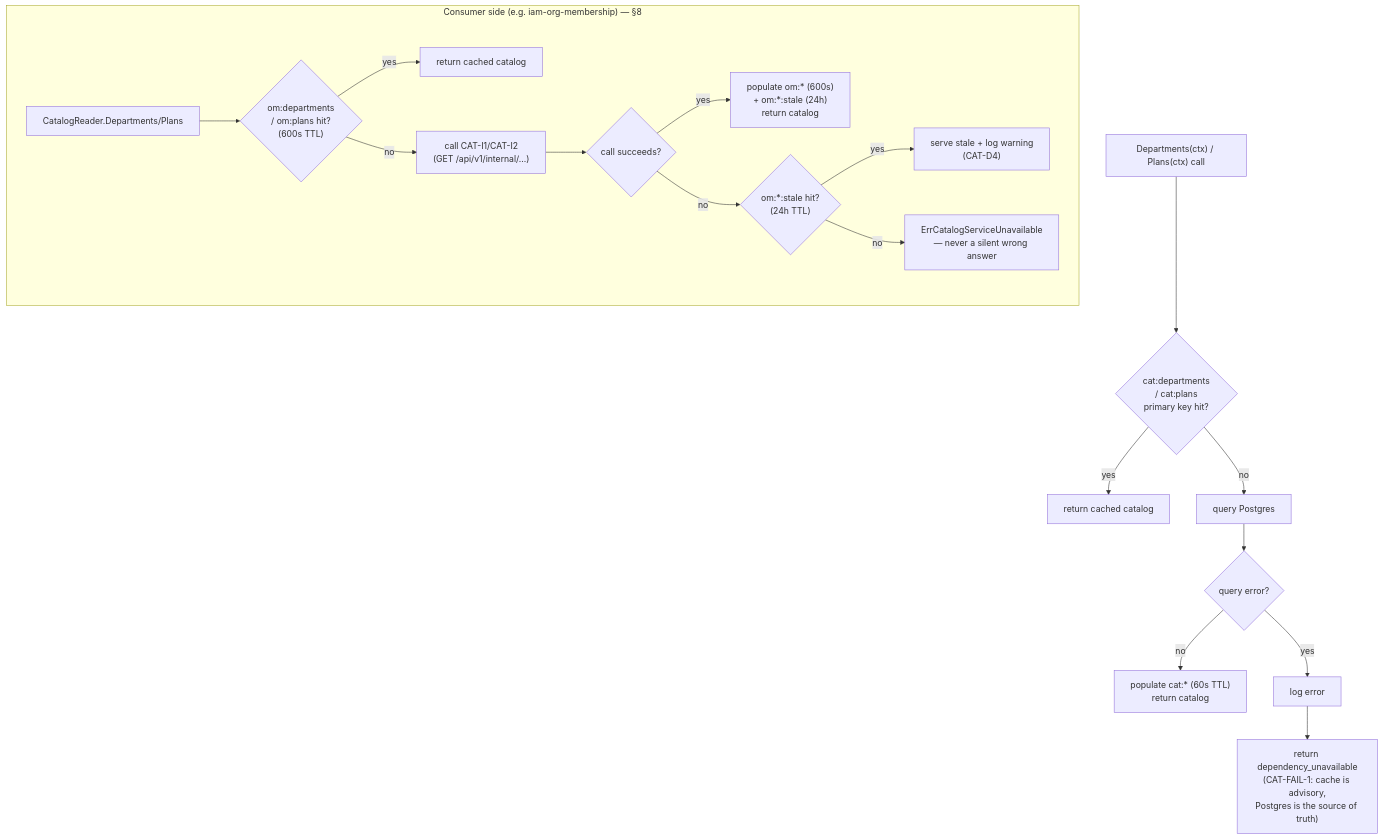
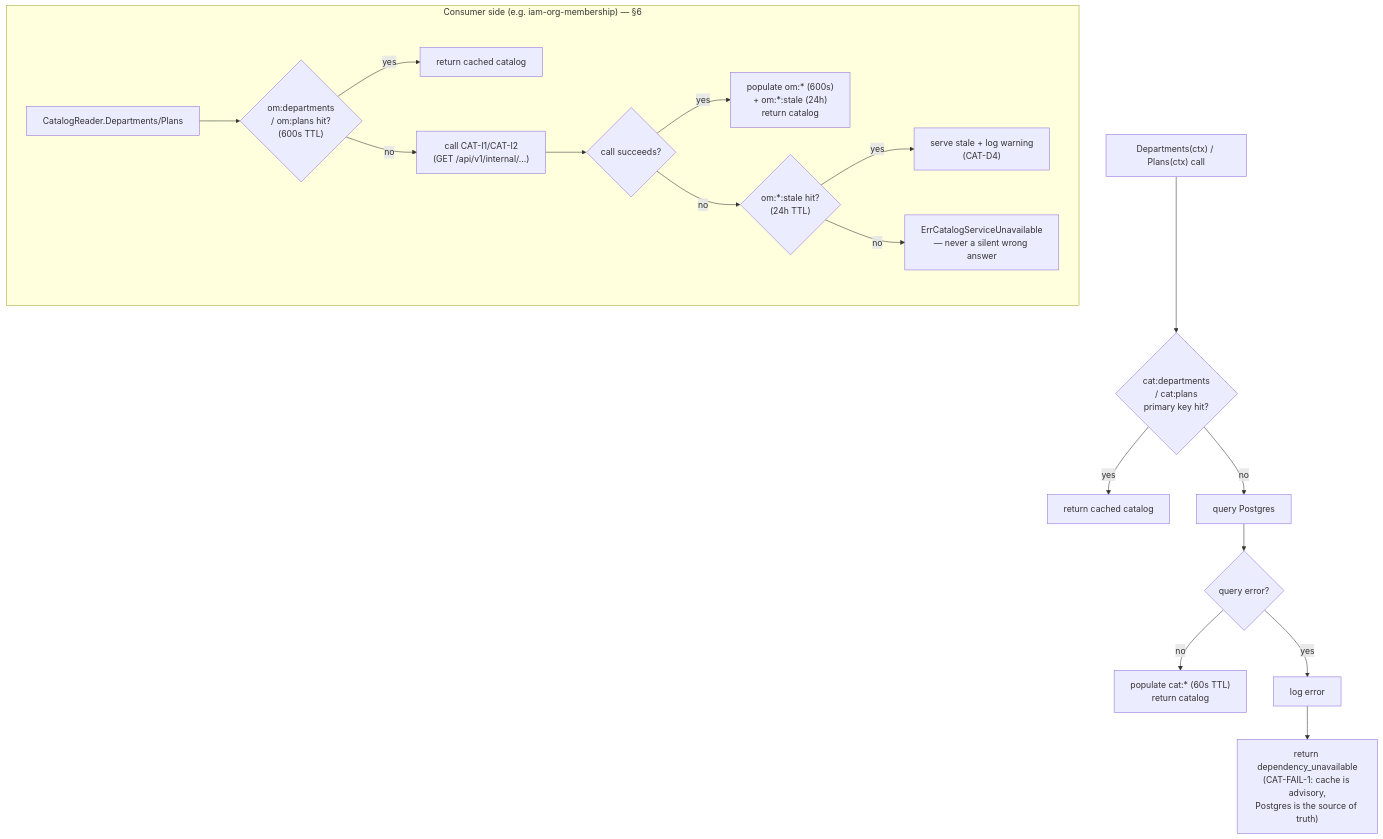
One commit to BCBP-SOLUTIONS-FZC-LLC/iam-catalog-admin changed the third of 13 diagrams in docs/lld/iam-lld-catalog-admin-config-service.md. Above: the diagram before and after it, drawn with Mermaid. The commit also changed other lines of this file, not shown here.

First line of the commit message:
Restructure LLD to match iam-user-profile's section template (v1.24)

````diff
--- a/docs/lld/iam-lld-catalog-admin-config-service.md
+++ b/docs/lld/iam-lld-catalog-admin-config-service.md
@@ -387,21 +673,21 @@
 ```mermaid
 flowchart TD
     A["Departments(ctx) / Plans(ctx) call"] --> B{"cat:departments\n/ cat:plans\nprimary key hit?"}
     B -- yes --> Z["return cached catalog"]
     B -- no --> C["query Postgres"]
     C --> D{"query error?"}
     D -- no --> E["populate cat:* (60s TTL)\nreturn catalog"]
     D -- yes --> F["log error"]
     F --> G["return dependency_unavailable\n(CAT-FAIL-1: cache is advisory,\nPostgres is the source of truth)"]
 
-    subgraph consumer["Consumer side (e.g. iam-org-membership) — §8"]
+    subgraph consumer["Consumer side (e.g. iam-org-membership) — §6"]
         H["CatalogReader.Departments/Plans"] --> I{"om:departments\n/ om:plans hit?\n(600s TTL)"}
         I -- yes --> J["return cached catalog"]
         I -- no --> K["call CAT-I1/CAT-I2\n(GET /api/v1/internal/...)"]
         K --> L{"call succeeds?"}
         L -- yes --> M["populate om:* (600s)\n+ om:*:stale (24h)\nreturn catalog"]
         L -- no --> N{"om:*:stale hit?\n(24h TTL)"}
         N -- yes --> O["serve stale + log warning\n(CAT-D4)"]
         N -- no --> P["ErrCatalogServiceUnavailable\n— never a silent wrong answer"]
     end
 ```
````
